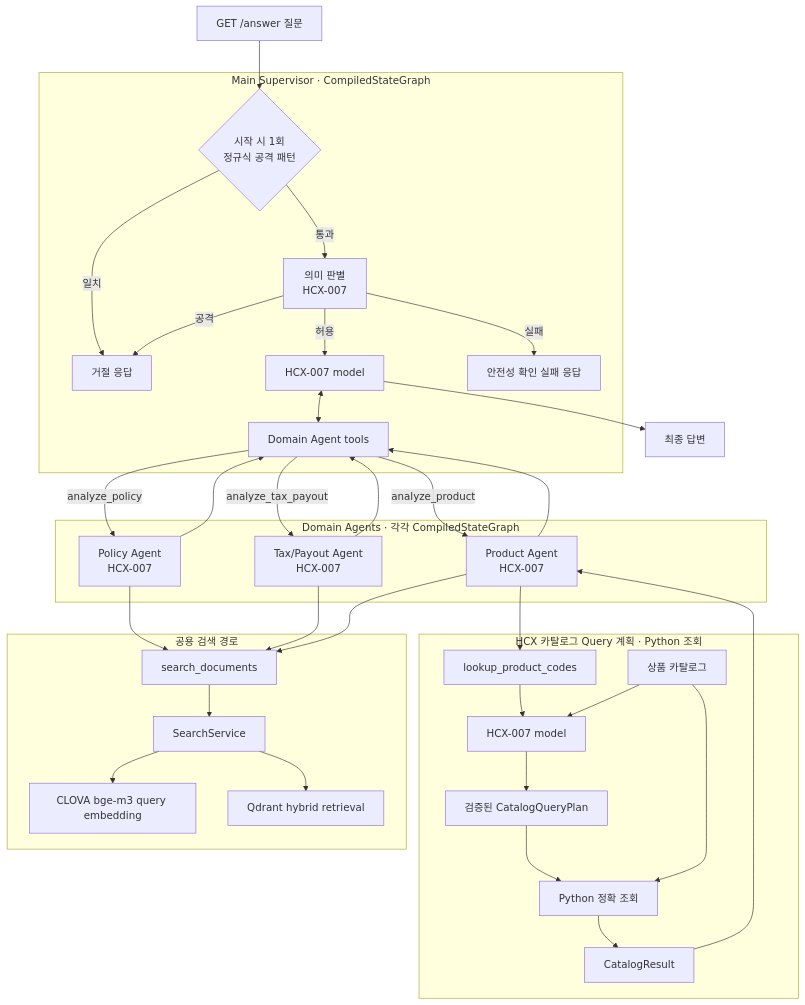
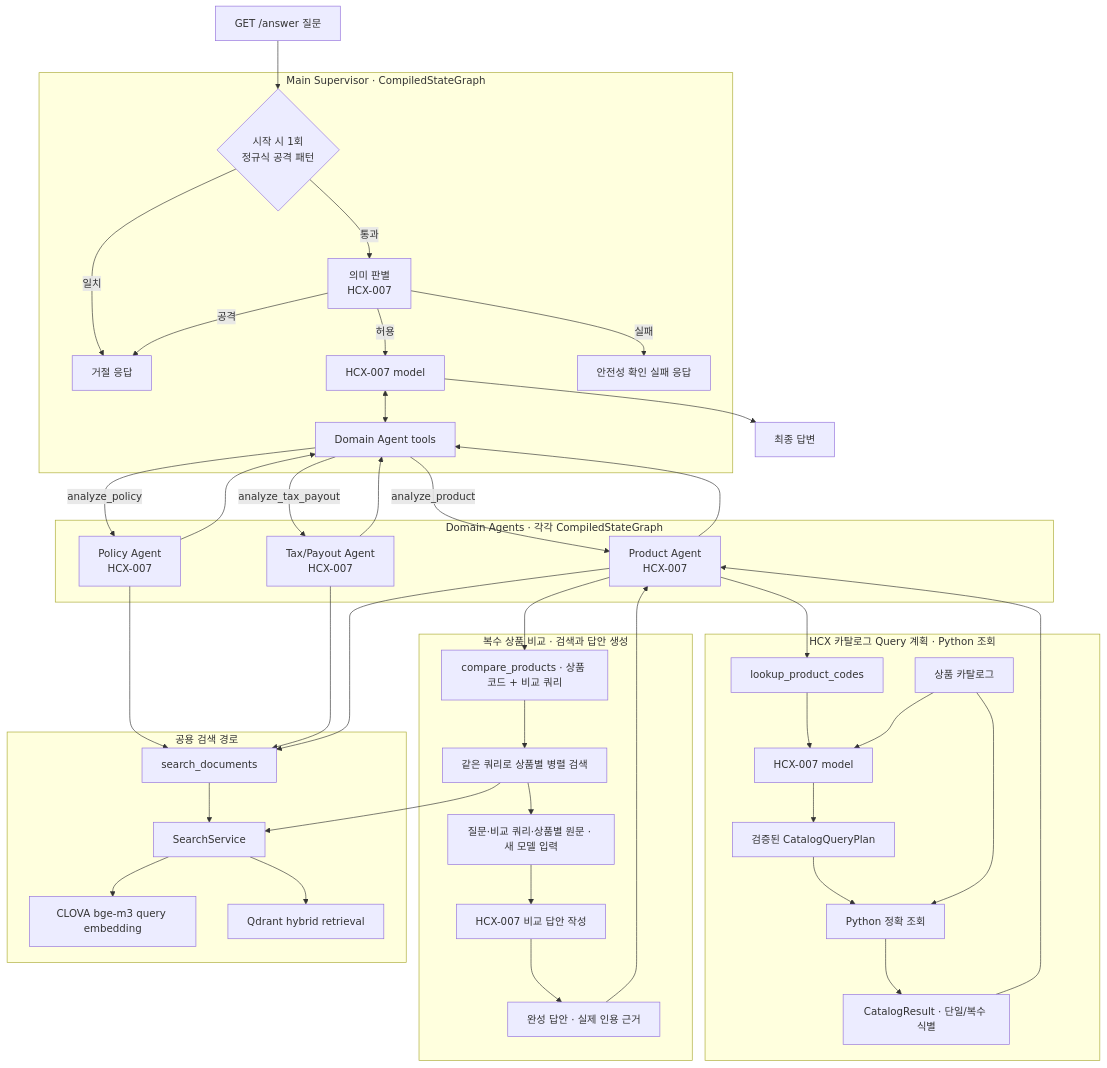
One commit to nayeon653/-ace3 changed the first of 5 diagrams in docs/architecture/agent-graphs.md. Above: the diagram before and after it, drawn with Mermaid. The commit also changed other lines of this file and 49 other files, not shown here.

First line of the commit message:
feat(product): 자유 비교 쿼리로 검색과 답안 생성 연결 (#167)

````diff
--- a/docs/architecture/agent-graphs.md
+++ b/docs/architecture/agent-graphs.md
@@ -14,49 +14,59 @@
 ```mermaid
 flowchart TB
     question["GET /answer 질문"] --> regex_guard
 
     subgraph main["Main Supervisor · CompiledStateGraph"]
         regex_guard{"시작 시 1회<br/>정규식 공격 패턴"} -->|일치| guard_refusal["거절 응답"]
         regex_guard -->|통과| input_guard["의미 판별<br/>HCX-007"]
         input_guard -->|허용| supervisor
         input_guard -->|공격| guard_refusal
         input_guard -->|실패| guard_unavailable["안전성 확인 실패 응답"]
         supervisor["HCX-007 model"] <--> domain_tools["Domain Agent tools"]
     end
 
     domain_tools -->|analyze_policy| domain_policy
     domain_tools -->|analyze_tax_payout| domain_tax_payout
     domain_tools -->|analyze_product| domain_product
 
     subgraph domains["Domain Agents · 각각 CompiledStateGraph"]
         domain_policy["Policy Agent<br/>HCX-007"]
         domain_tax_payout["Tax/Payout Agent<br/>HCX-007"]
         domain_product["Product Agent<br/>HCX-007"]
     end
 
     domain_policy --> domain_tools
     domain_policy --> search_tools
     domain_tax_payout --> domain_tools
     domain_tax_payout --> search_tools
     domain_product --> domain_tools
     domain_product --> search_tools
 
     subgraph catalog["HCX 카탈로그 Query 계획 · Python 조회"]
         catalog_lookup["lookup_product_codes"] --> catalog_hcx["HCX-007 model"]
         product_catalog["상품 카탈로그"] --> catalog_hcx
         catalog_hcx --> catalog_query["검증된 CatalogQueryPlan"]
         catalog_query --> catalog_execute["Python 정확 조회"]
         product_catalog --> catalog_execute
-        catalog_execute --> catalog_result["CatalogResult"]
+        catalog_execute --> catalog_result["CatalogResult · 단일/복수 식별"]
     end
     domain_product --> catalog_lookup
     catalog_result --> domain_product
+
+    subgraph comparison["복수 상품 비교 · 검색과 답안 생성"]
+        compare_tool["compare_products · 상품 코드 + 비교 쿼리"] --> product_searches["같은 쿼리로 상품별 병렬 검색"]
+        product_searches --> comparison_evidence["질문·비교 쿼리·상품별 원문 · 새 모델 입력"]
+        comparison_evidence --> comparison_writer["HCX-007 비교 답안 작성"]
+        comparison_writer --> comparison_answer["완성 답안 · 실제 인용 근거"]
+    end
+    domain_product --> compare_tool
+    comparison_answer --> domain_product
+    product_searches --> search_service
 
     subgraph search["공용 검색 경로"]
         search_tools["search_documents"] --> search_service["SearchService"]
         search_service --> embedding["CLOVA bge-m3 query embedding"]
         search_service --> qdrant["Qdrant hybrid retrieval"]
     end
 
     supervisor --> answer["최종 답변"]
 ```
````
